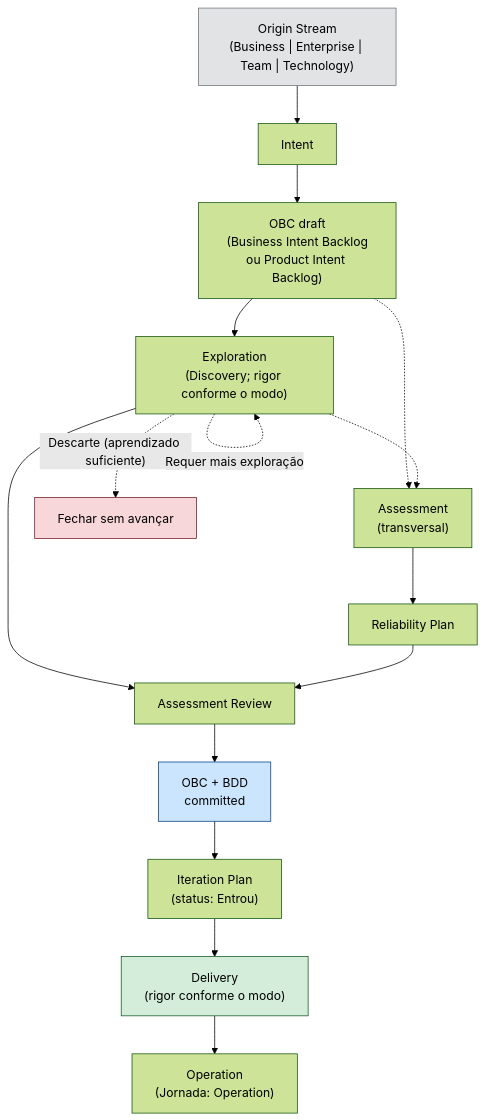
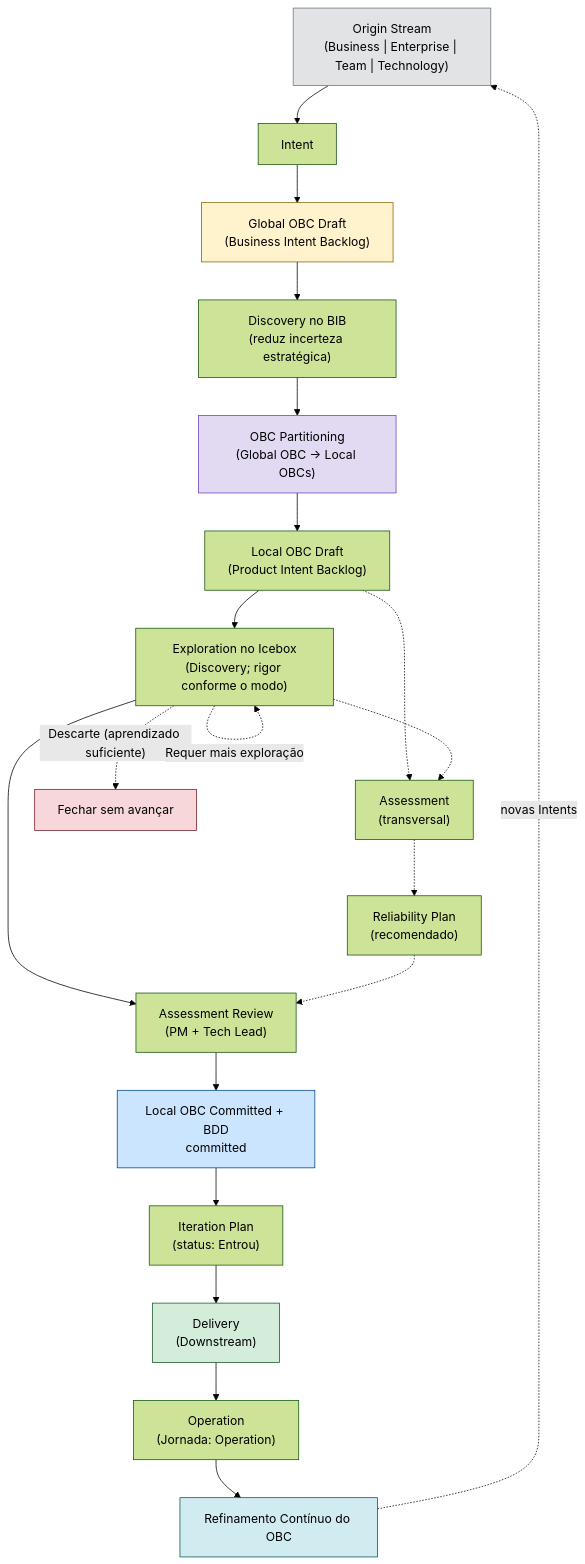
The diagram in prodops/framework/flow.md (produtoreativo/payments-api), drawn with Mermaid (forest theme) before and after one commit. The commit also changed other lines of this file and 23 other files, not shown here.

Commit message:
docs(prodops): introduce global and local obc model with templates and subdirectories

````diff
--- a/prodops/framework/flow.md
+++ b/prodops/framework/flow.md
@@ -19,35 +19,47 @@
 ```mermaid
 flowchart TD
     OS["Origin Stream\n(Business | Enterprise | Team | Technology)"]
     I["Intent"]
-    DRAFT["OBC draft\n(Business Intent Backlog\nou Product Intent Backlog)"]
-    EX["Exploration\n(Discovery; rigor conforme o modo)"]
+    GBIB["Global OBC Draft\n(Business Intent Backlog)"]
+    EX1["Discovery no BIB\n(reduz incerteza estratégica)"]
+    PART["OBC Partitioning\n(Global OBC → Local OBCs)"]
+    LPIB["Local OBC Draft\n(Product Intent Backlog)"]
+    EX2["Exploration no Icebox\n(Discovery; rigor conforme o modo)"]
     AS["Assessment\n(transversal)"]
-    RP["Reliability Plan"]
-    REV["Assessment Review"]
-    OBC["OBC + BDD\ncommitted"]
+    RP["Reliability Plan\n(recomendado)"]
+    REV["Assessment Review\n(PM + Tech Lead)"]
+    OBC["Local OBC Committed + BDD\ncommitted"]
     IP["Iteration Plan\n(status: Entrou)"]
-    D["Delivery\n(rigor conforme o modo)"]
+    D["Delivery\n(Downstream)"]
     OP["Operation\n(Jornada: Operation)"]
+    REF["Refinamento Contínuo do OBC"]
 
     OS --> I
-    I --> DRAFT
-    DRAFT --> EX
-    EX --> REV
-    DRAFT -.-> AS
-    EX -.-> AS
-    AS --> RP
-    RP --> REV
+    I --> GBIB
+    GBIB --> EX1
+    EX1 --> PART
+    PART --> LPIB
+    LPIB --> EX2
+    EX2 --> REV
+    LPIB -.-> AS
+    EX2 -.-> AS
+    AS -.-> RP
+    RP -.-> REV
     REV --> OBC
     OBC --> IP
     IP --> D
     D --> OP
+    OP --> REF
+    REF -.->|"novas Intents"| OS
 
-    EX -.->|"Descarte (aprendizado suficiente)"| X[Fechar sem avançar]
-    EX -.->|"Requer mais exploração"| EX
+    EX2 -.->|"Descarte (aprendizado suficiente)"| X[Fechar sem avançar]
+    EX2 -.->|"Requer mais exploração"| EX2
 
     style OS fill:#e2e3e5,stroke:#6c757d
+    style GBIB fill:#fff3cd,stroke:#856404
+    style PART fill:#e2d9f3,stroke:#6f42c1
     style OBC fill:#cce5ff,stroke:#004085
     style D fill:#d4edda,stroke:#155724
     style X fill:#f8d7da,stroke:#721c24
+    style REF fill:#d1ecf1,stroke:#0c5460
 ```
````
